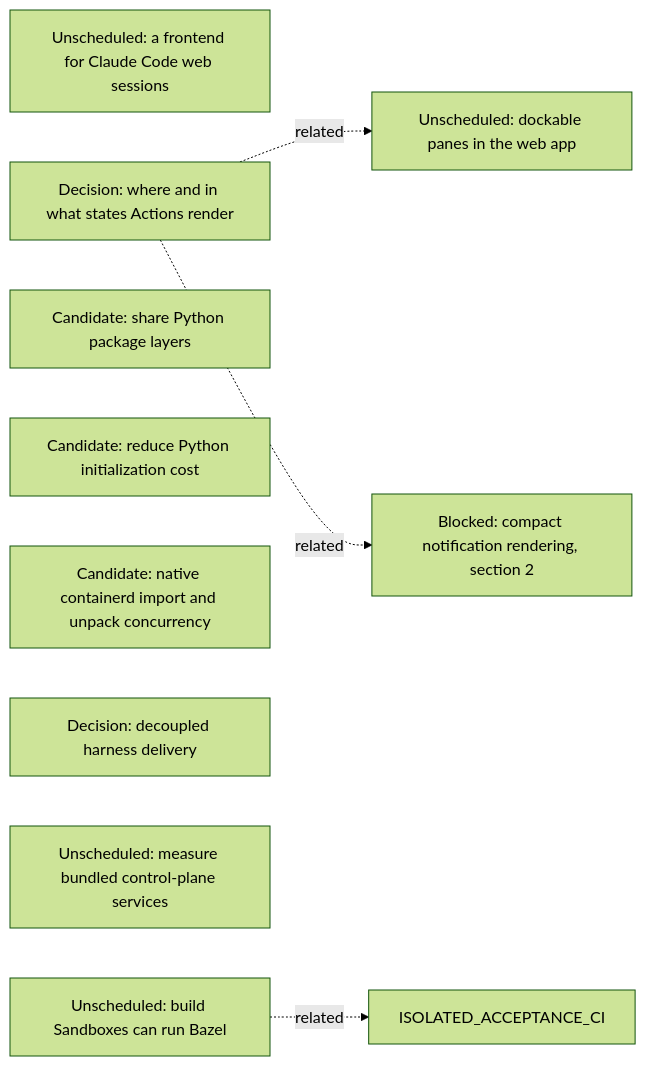
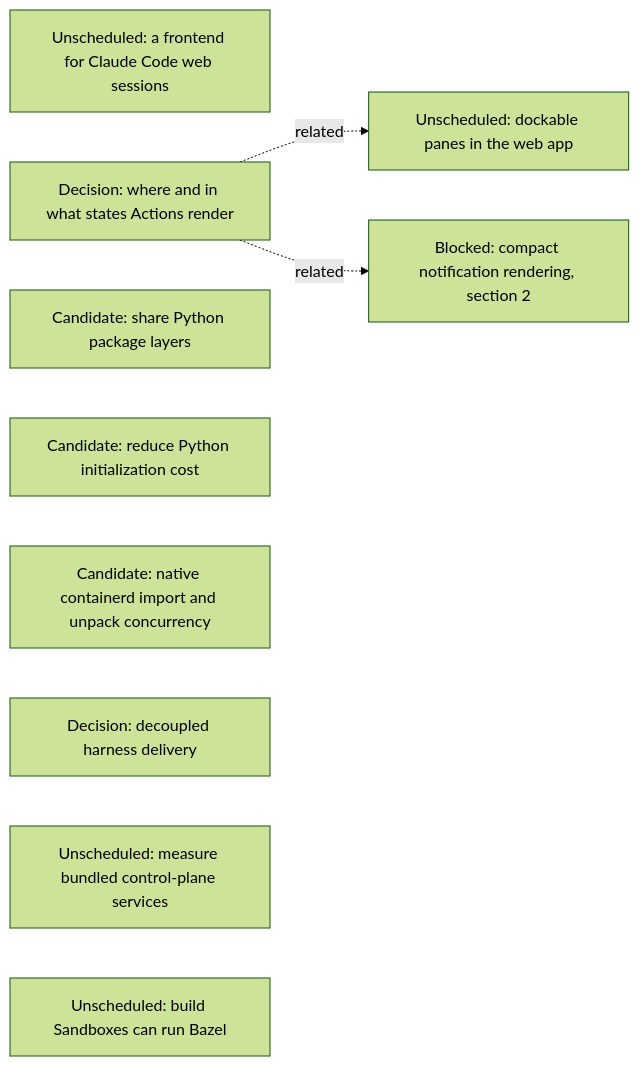
The seventh of 16 diagrams in agentplane/plans/task_dag.md (agentydragon/ducktape), drawn with Mermaid (forest theme) before and after one commit. The commit also changed other lines of this file and 1 other file, not shown here.

````diff
--- a/agentplane/plans/task_dag.md
+++ b/agentplane/plans/task_dag.md
@@ -668,16 +658,15 @@
 ```mermaid
 flowchart LR
     CLAUDE_CODE_WEB_BRIDGE[Unscheduled: a frontend for Claude Code web sessions]
     ACTION_SURFACES_DESIGN[Decision: where and in what states Actions render]
     K3S_SHARED_PACKAGE_LAYERS[Candidate: share Python package layers]
     K3S_PYTHON_INITIALIZATION[Candidate: reduce Python initialization cost]
     K3S_IMPORT_CONCURRENCY[Candidate: native containerd import and unpack concurrency]
     RUNNER_HARNESS_DELIVERY_DESIGN[Decision: decoupled harness delivery]
     K3S_BUNDLED_SERVICES_SPIKE[Unscheduled: measure bundled control-plane services]
     DOCKABLE_PANES[Unscheduled: dockable panes in the web app]
     ACTION_SURFACES_DESIGN -. related .-> DOCKABLE_PANES
     NOTIFICATION_PRESENTATION[Blocked: compact notification rendering, section 2]
     ACTION_SURFACES_DESIGN -. related .-> NOTIFICATION_PRESENTATION
     BUILD_BOX_BAZEL[Unscheduled: build Sandboxes can run Bazel]
-    BUILD_BOX_BAZEL -. related .-> ISOLATED_ACCEPTANCE_CI
 ```
````
